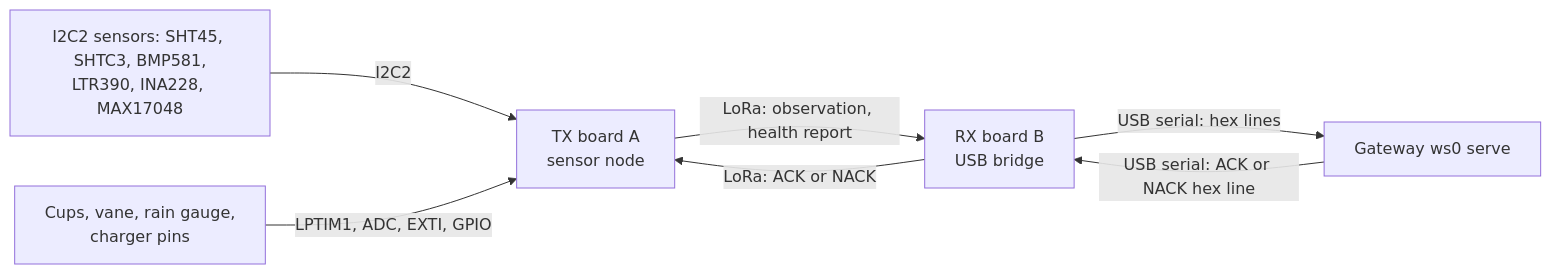
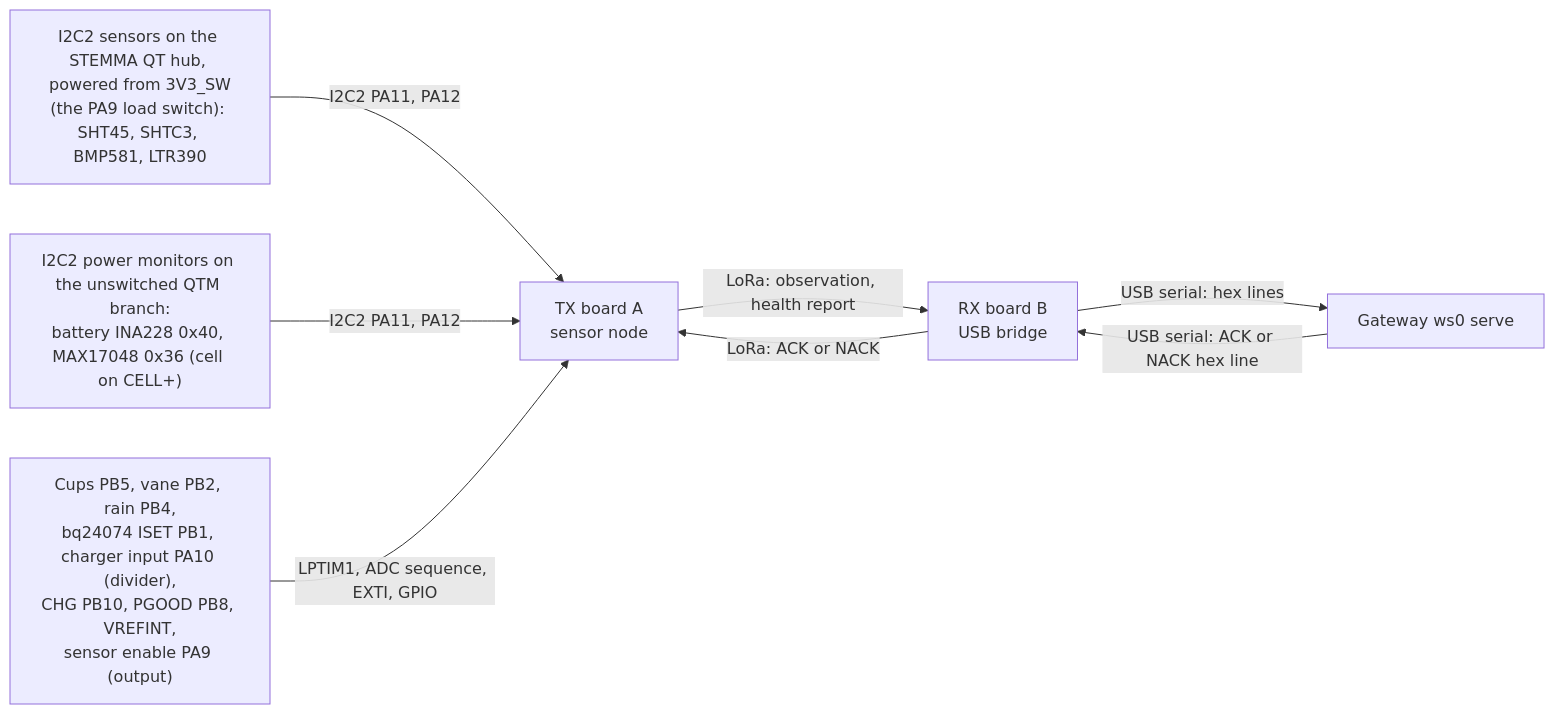
One commit to clintecker/weather-station-2026 changed the first of 8 diagrams in firmware/stage0-node/README.md. Above: the diagram before and after it, drawn with Mermaid. The commit also changed other lines of this file and 303 other files, not shown here.

````diff
--- a/firmware/stage0-node/README.md
+++ b/firmware/stage0-node/README.md
@@ -15,9 +15,10 @@
 ```mermaid
 flowchart LR
-  I2C["I2C2 sensors: SHT45, SHTC3, BMP581,<br/>LTR390, INA228, MAX17048"] -->|"I2C2"| TX["TX board A<br/>sensor node"]
-  PINS["Cups, vane, rain gauge,<br/>charger pins"] -->|"LPTIM1, ADC, EXTI, GPIO"| TX
+  I2C["I2C2 sensors on the STEMMA QT hub, powered from 3V3_SW<br/>(the PA9 load switch): SHT45, SHTC3, BMP581, LTR390"] -->|"I2C2 PA11, PA12"| TX["TX board A<br/>sensor node"]
+  MON["I2C2 power monitors on the unswitched QTM branch:<br/>battery INA228 0x40, MAX17048 0x36 (cell on CELL+)"] -->|"I2C2 PA11, PA12"| TX
+  PINS["Cups PB5, vane PB2, rain PB4,<br/>bq24074 ISET PB1, charger input PA10 (divider),<br/>CHG PB10, PGOOD PB8, VREFINT,<br/>sensor enable PA9 (output)"] -->|"LPTIM1, ADC sequence, EXTI, GPIO"| TX
   TX -->|"LoRa: observation, health report"| RX["RX board B<br/>USB bridge"]
   RX -->|"LoRa: ACK or NACK"| TX
   RX -->|"USB serial: hex lines"| GW["Gateway ws0 serve"]
   GW -->|"USB serial: ACK or NACK hex line"| RX
 ```
````
